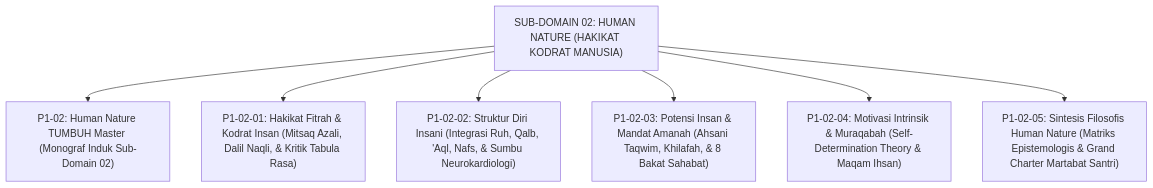
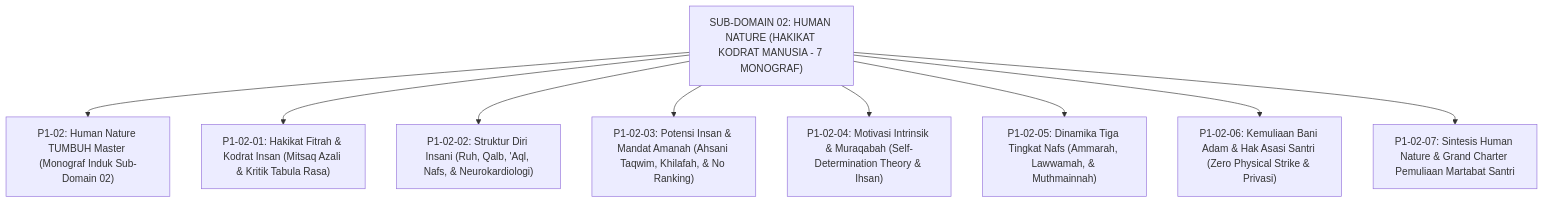
The diagram in 01 Philosophy/02 Human Nature/README.md (wandiapriliyandi/tumbuh), drawn with Mermaid before and after one commit. The commit also changed other lines of this file and 18 other files, not shown here.

````diff
--- a/01 Philosophy/02 Human Nature/README.md
+++ b/01 Philosophy/02 Human Nature/README.md
@@ -14,11 +14,13 @@
 ```mermaid
 graph TD
-    HumanNature["SUB-DOMAIN 02: HUMAN NATURE (HAKIKAT KODRAT MANUSIA)"]
+    HumanNature["SUB-DOMAIN 02: HUMAN NATURE (HAKIKAT KODRAT MANUSIA - 7 MONOGRAF)"]
     
     HumanNature --> Master["P1-02: Human Nature TUMBUH Master (Monograf Induk Sub-Domain 02)"]
-    HumanNature --> M1["P1-02-01: Hakikat Fitrah & Kodrat Insan (Mitsaq Azali, Dalil Naqli, & Kritik Tabula Rasa)"]
-    HumanNature --> M2["P1-02-02: Struktur Diri Insani (Integrasi Ruh, Qalb, 'Aql, Nafs, & Sumbu Neurokardiologi)"]
-    HumanNature --> M3["P1-02-03: Potensi Insan & Mandat Amanah (Ahsani Taqwim, Khilafah, & 8 Bakat Sahabat)"]
-    HumanNature --> M4["P1-02-04: Motivasi Intrinsik & Muraqabah (Self-Determination Theory & Maqam Ihsan)"]
-    HumanNature --> M5["P1-02-05: Sintesis Filosofis Human Nature (Matriks Epistemologis & Grand Charter Martabat Santri)"]
+    HumanNature --> M1["P1-02-01: Hakikat Fitrah & Kodrat Insan (Mitsaq Azali & Kritik Tabula Rasa)"]
+    HumanNature --> M2["P1-02-02: Struktur Diri Insani (Ruh, Qalb, 'Aql, Nafs, & Neurokardiologi)"]
+    HumanNature --> M3["P1-02-03: Potensi Insan & Mandat Amanah (Ahsani Taqwim, Khilafah, & No Ranking)"]
+    HumanNature --> M4["P1-02-04: Motivasi Intrinsik & Muraqabah (Self-Determination Theory & Ihsan)"]
+    HumanNature --> M5["P1-02-05: Dinamika Tiga Tingkat Nafs (Ammarah, Lawwamah, & Muthmainnah)"]
+    HumanNature --> M6["P1-02-06: Kemuliaan Bani Adam & Hak Asasi Santri (Zero Physical Strike & Privasi)"]
+    HumanNature --> M7["P1-02-07: Sintesis Human Nature & Grand Charter Pemuliaan Martabat Santri"]
 ```
````
